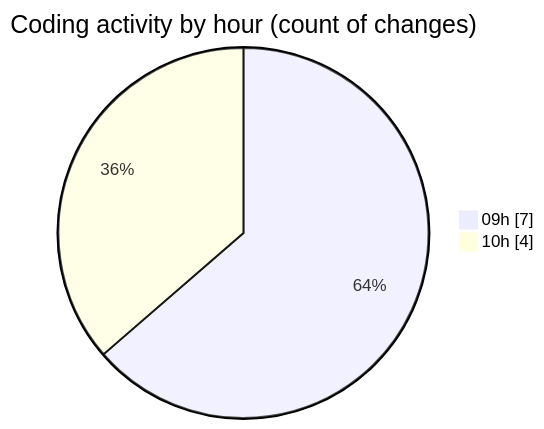
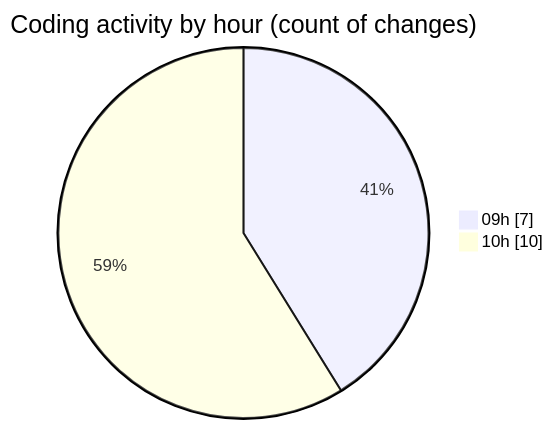
One commit to momahboobian/code-tracking changed the second of 2 diagrams in 2025-08-18/cda/README.md. Above: the diagram before and after it, drawn with Mermaid. The commit also changed other lines of this file and 1 other file, not shown here.

````diff
--- a/2025-08-18/cda/README.md
+++ b/2025-08-18/cda/README.md
@@ -32,6 +33,6 @@
 ```mermaid
 pie showData
 title Coding activity by hour (count of changes)
 "09h" : 7
-"10h" : 4
+"10h" : 10
 ```
````
